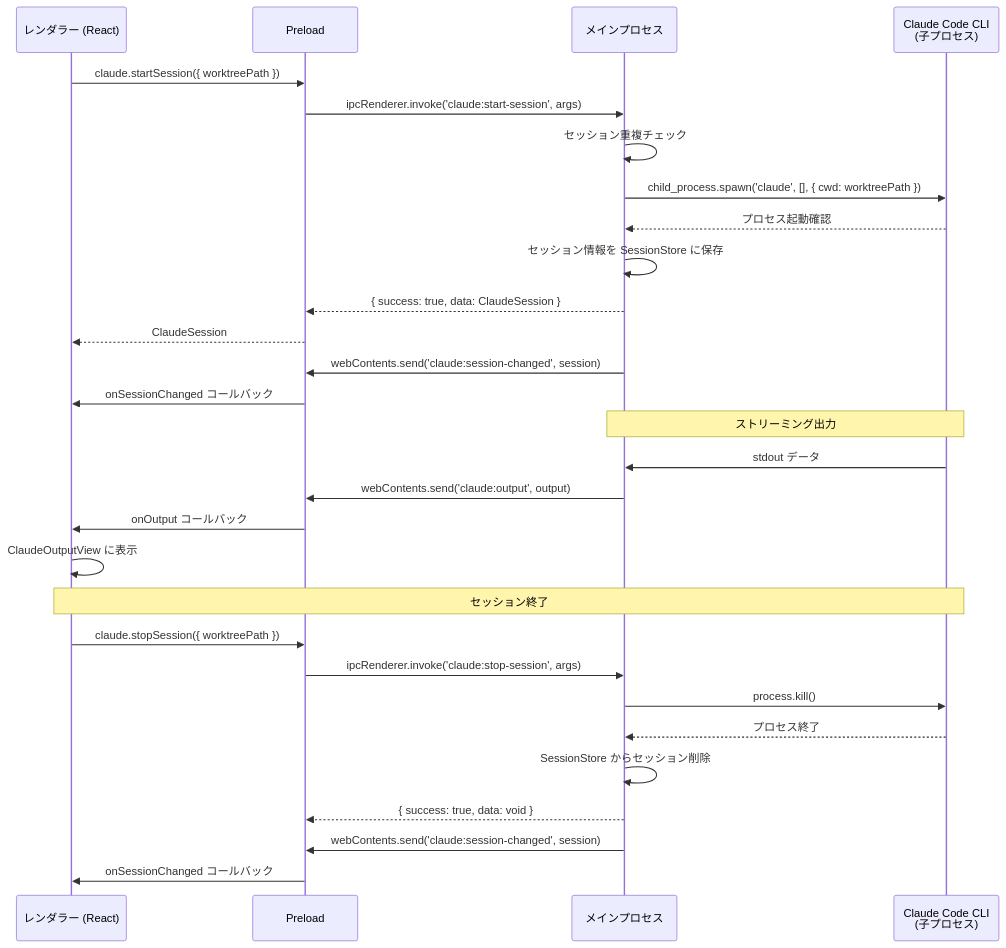
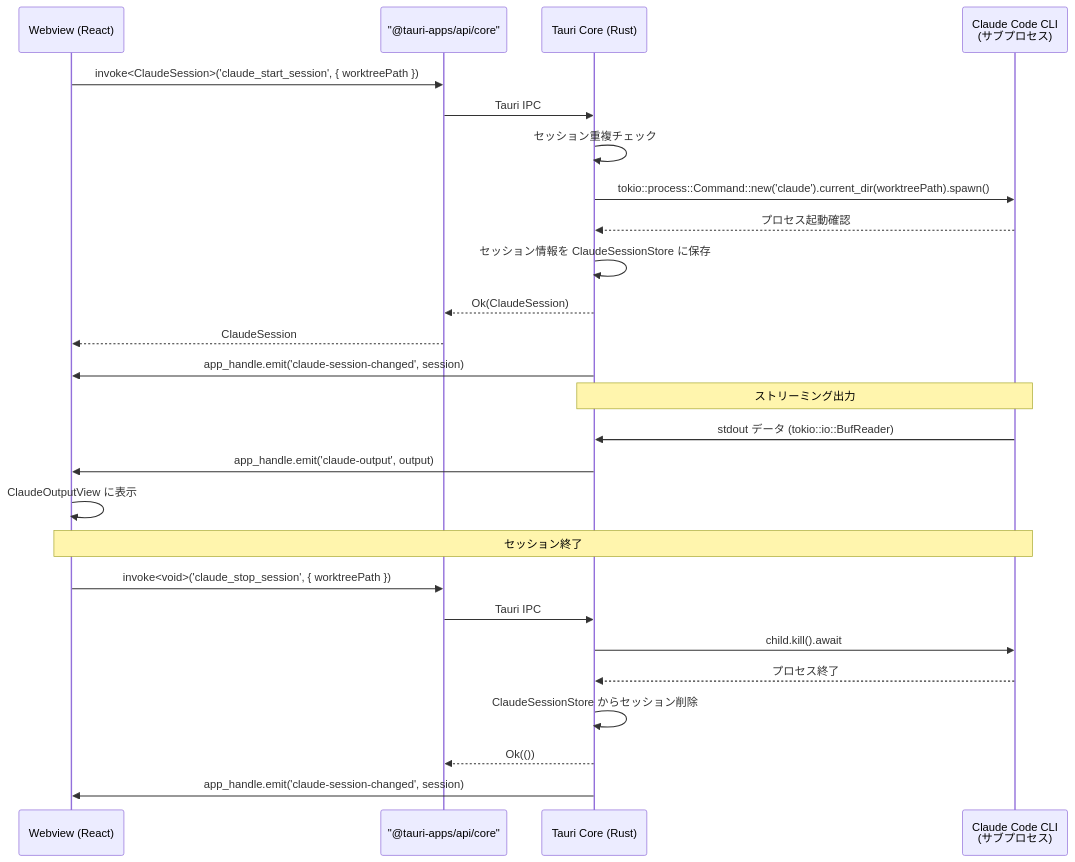
The first of 3 diagrams in .sdd/specification/claude-code-integration_spec.md (ToshikiImagawa/Buruma), drawn with Mermaid before and after one commit. The commit also changed other lines of this file and 7 other files, not shown here.

````diff
--- a/.sdd/specification/claude-code-integration_spec.md
+++ b/.sdd/specification/claude-code-integration_spec.md
@@ -285,36 +296,33 @@
 ```mermaid
 sequenceDiagram
-    participant Renderer as レンダラー (React)
-    participant Preload as Preload
-    participant Main as メインプロセス
-    participant CLI as Claude Code CLI<br/>(子プロセス)
+    participant Webview as Webview (React)
+    participant Invoke as "@tauri-apps/api/core"
+    participant Core as Tauri Core (Rust)
+    participant CLI as Claude Code CLI<br/>(サブプロセス)
 
-    Renderer ->> Preload: claude.startSession({ worktreePath })
-    Preload ->> Main: ipcRenderer.invoke('claude:start-session', args)
-    Main ->> Main: セッション重複チェック
-    Main ->> CLI: child_process.spawn('claude', [], { cwd: worktreePath })
-    CLI -->> Main: プロセス起動確認
-    Main ->> Main: セッション情報を SessionStore に保存
-    Main -->> Preload: { success: true, data: ClaudeSession }
-    Preload -->> Renderer: ClaudeSession
-    Main ->> Preload: webContents.send('claude:session-changed', session)
-    Preload ->> Renderer: onSessionChanged コールバック
+    Webview ->> Invoke: invoke<ClaudeSession>('claude_start_session', { worktreePath })
+    Invoke ->> Core: Tauri IPC
+    Core ->> Core: セッション重複チェック
+    Core ->> CLI: tokio::process::Command::new('claude').current_dir(worktreePath).spawn()
+    CLI -->> Core: プロセス起動確認
+    Core ->> Core: セッション情報を ClaudeSessionStore に保存
+    Core -->> Invoke: Ok(ClaudeSession)
+    Invoke -->> Webview: ClaudeSession
+    Core ->> Webview: app_handle.emit('claude-session-changed', session)
 
-    Note over Main, CLI: ストリーミング出力
+    Note over Core, CLI: ストリーミング出力
 
-    CLI ->> Main: stdout データ
-    Main ->> Preload: webContents.send('claude:output', output)
-    Preload ->> Renderer: onOutput コールバック
-    Renderer ->> Renderer: ClaudeOutputView に表示
+    CLI ->> Core: stdout データ (tokio::io::BufReader)
+    Core ->> Webview: app_handle.emit('claude-output', output)
+    Webview ->> Webview: ClaudeOutputView に表示
 
-    Note over Renderer, CLI: セッション終了
+    Note over Webview, CLI: セッション終了
 
-    Renderer ->> Preload: claude.stopSession({ worktreePath })
-    Preload ->> Main: ipcRenderer.invoke('claude:stop-session', args)
-    Main ->> CLI: process.kill()
-    CLI -->> Main: プロセス終了
-    Main ->> Main: SessionStore からセッション削除
-    Main -->> Preload: { success: true, data: void }
-    Main ->> Preload: webContents.send('claude:session-changed', session)
-    Preload ->> Renderer: onSessionChanged コールバック
+    Webview ->> Invoke: invoke<void>('claude_stop_session', { worktreePath })
+    Invoke ->> Core: Tauri IPC
+    Core ->> CLI: child.kill().await
+    CLI -->> Core: プロセス終了
+    Core ->> Core: ClaudeSessionStore からセッション削除
+    Core -->> Invoke: Ok(())
+    Core ->> Webview: app_handle.emit('claude-session-changed', session)
 ```
````
